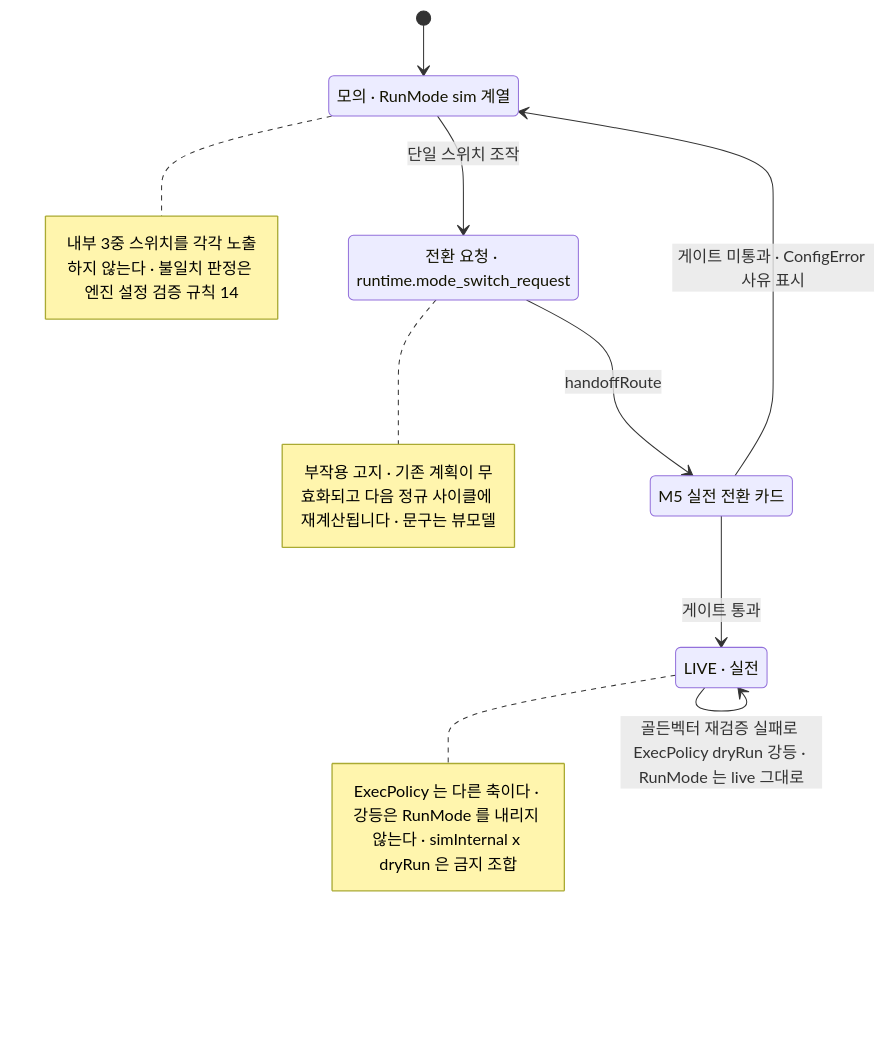
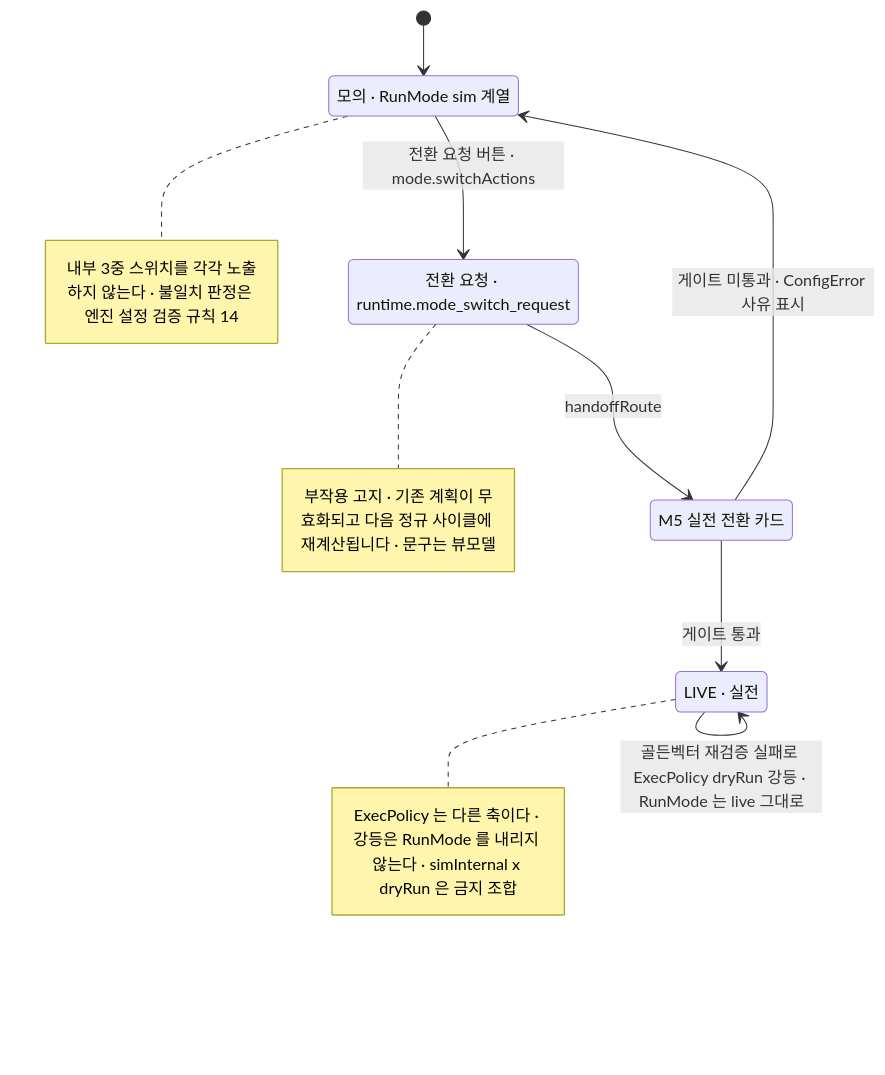
One commit to billybeom/AutoAlphaQuant changed diagram 11 of 24 in docs/ai-context/05_화면명세_M9_설정_관리자.md. Above: the diagram before and after it, drawn with Mermaid. The commit also changed other lines of this file and 4 other files, not shown here.

````diff
--- a/docs/ai-context/05_화면명세_M9_설정_관리자.md
+++ b/docs/ai-context/05_화면명세_M9_설정_관리자.md
@@ -467,16 +472,16 @@
 ```mermaid
 stateDiagram-v2
   state "모의 · RunMode sim 계열" as DRY
   state "전환 요청 · runtime.mode_switch_request" as REQ
   state "M5 실전 전환 카드" as CARD
   state "LIVE · 실전" as LIVE
   [*] --> DRY
-  DRY --> REQ : 단일 스위치 조작
+  DRY --> REQ : 전환 요청 버튼 · mode.switchActions
   REQ --> CARD : handoffRoute
   CARD --> LIVE : 게이트 통과
   CARD --> DRY : 게이트 미통과 · ConfigError 사유 표시
   LIVE --> LIVE : 골든벡터 재검증 실패로 ExecPolicy dryRun 강등 · RunMode 는 live 그대로
   note right of REQ : 부작용 고지 · 기존 계획이 무효화되고 다음 정규 사이클에 재계산됩니다 · 문구는 뷰모델
   note right of DRY : 내부 3중 스위치를 각각 노출하지 않는다 · 불일치 판정은 엔진 설정 검증 규칙 14
   note right of LIVE : ExecPolicy 는 다른 축이다 · 강등은 RunMode 를 내리지 않는다 · simInternal x dryRun 은 금지 조합
 ```
````
